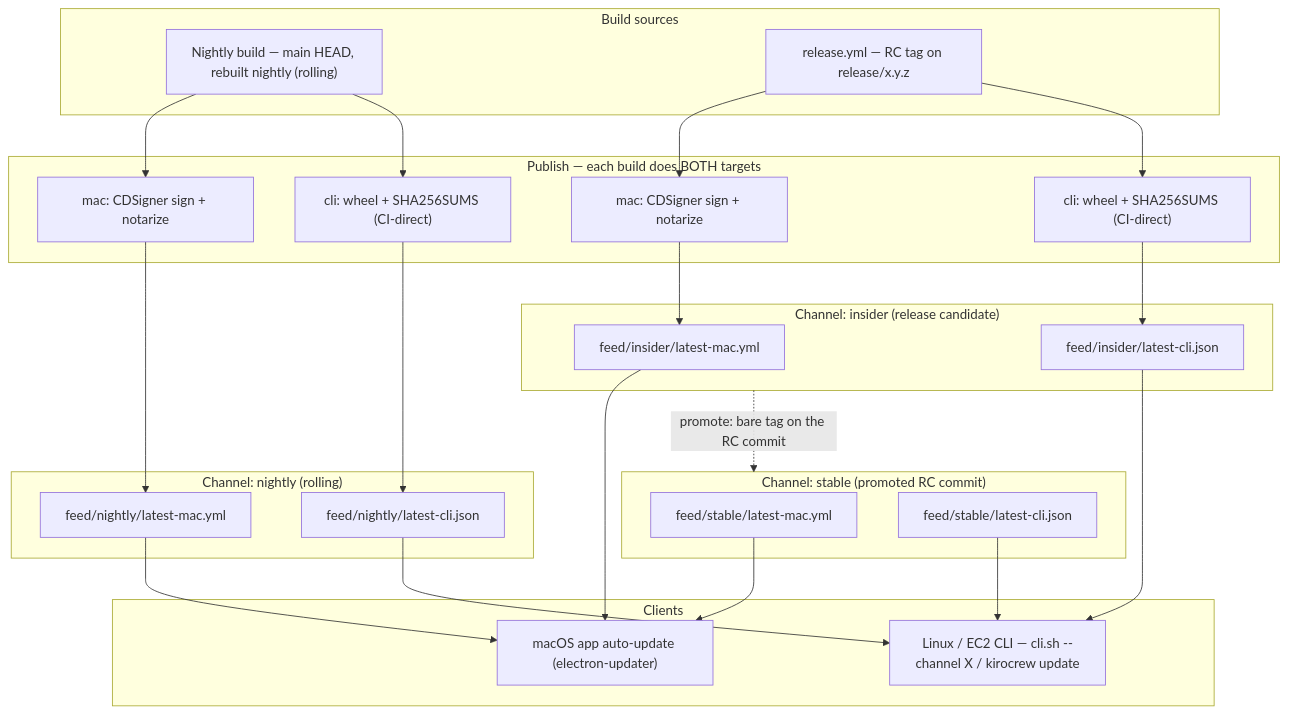
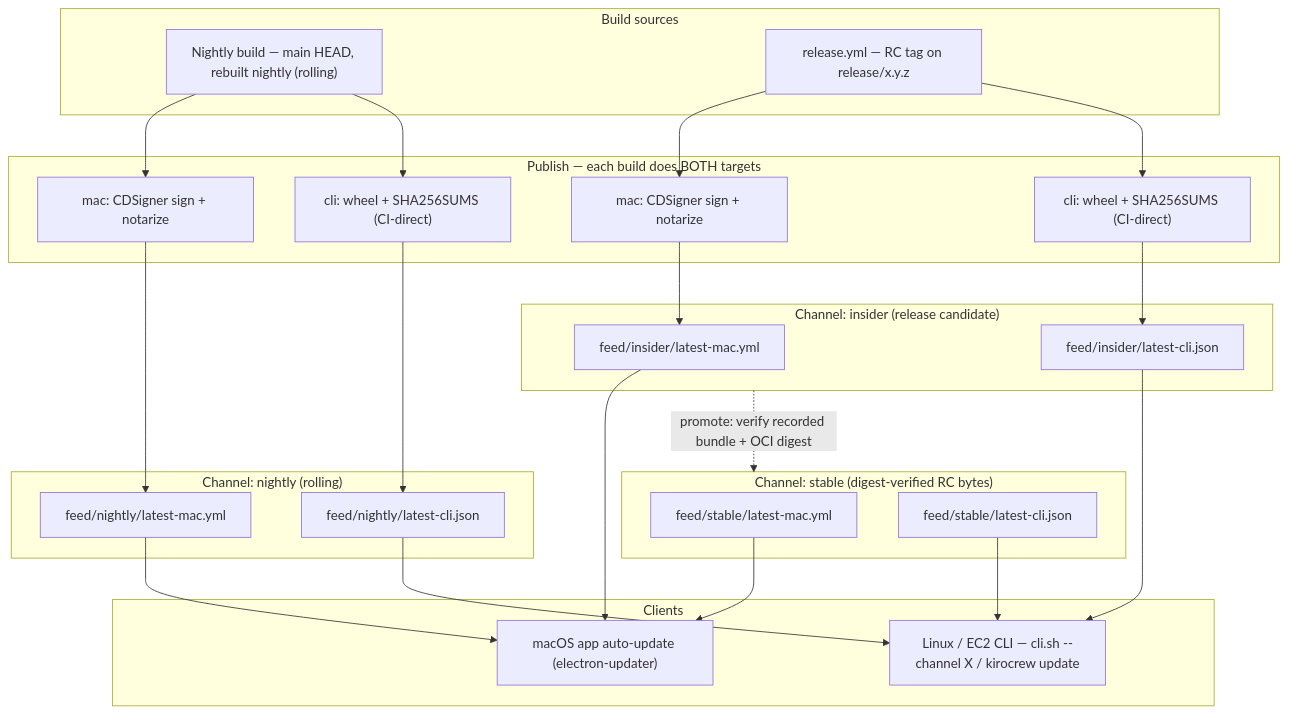
Before and after one commit to DreadLordMatt/KlaudeCrew: the diagram in docs/release-automation.md, drawn with Mermaid. The commit also changed other lines of this file and 14 other files, not shown here.

````diff
--- a/docs/release-automation.md
+++ b/docs/release-automation.md
@@ -198,46 +222,46 @@
 ```mermaid
 flowchart TB
     subgraph SRC["Build sources"]
         NB["Nightly build — main HEAD, rebuilt nightly (rolling)"]
         RC["release.yml — RC tag on release/x.y.z"]
     end
 
     subgraph PUB["Publish — each build does BOTH targets"]
         NMAC["mac: CDSigner sign + notarize"]
         NCLI["cli: wheel + SHA256SUMS (CI-direct)"]
         RMAC["mac: CDSigner sign + notarize"]
         RCLI["cli: wheel + SHA256SUMS (CI-direct)"]
     end
 
     subgraph CH_N["Channel: nightly (rolling)"]
         NMACF["feed/nightly/latest-mac.yml"]
         NCLIF["feed/nightly/latest-cli.json"]
     end
     subgraph CH_B["Channel: insider (release candidate)"]
         BMACF["feed/insider/latest-mac.yml"]
         BCLIF["feed/insider/latest-cli.json"]
     end
-    subgraph CH_S["Channel: stable (promoted RC commit)"]
+    subgraph CH_S["Channel: stable (digest-verified RC bytes)"]
         SMACF["feed/stable/latest-mac.yml"]
         SCLIF["feed/stable/latest-cli.json"]
     end
 
     subgraph CLIENT["Clients"]
         MACAPP["macOS app auto-update (electron-updater)"]
         LINUX["Linux / EC2 CLI — cli.sh --channel X / kirocrew update"]
     end
 
     NB --> NMAC & NCLI
     RC --> RMAC & RCLI
     NMAC --> NMACF
     NCLI --> NCLIF
     RMAC --> BMACF
     RCLI --> BCLIF
-    CH_B -. "promote: bare tag on the RC commit" .-> CH_S
+    CH_B -. "promote: verify recorded bundle + OCI digest" .-> CH_S
     NMACF --> MACAPP
     BMACF --> MACAPP
     SMACF --> MACAPP
     NCLIF --> LINUX
     BCLIF --> LINUX
     SCLIF --> LINUX
 ```
````
